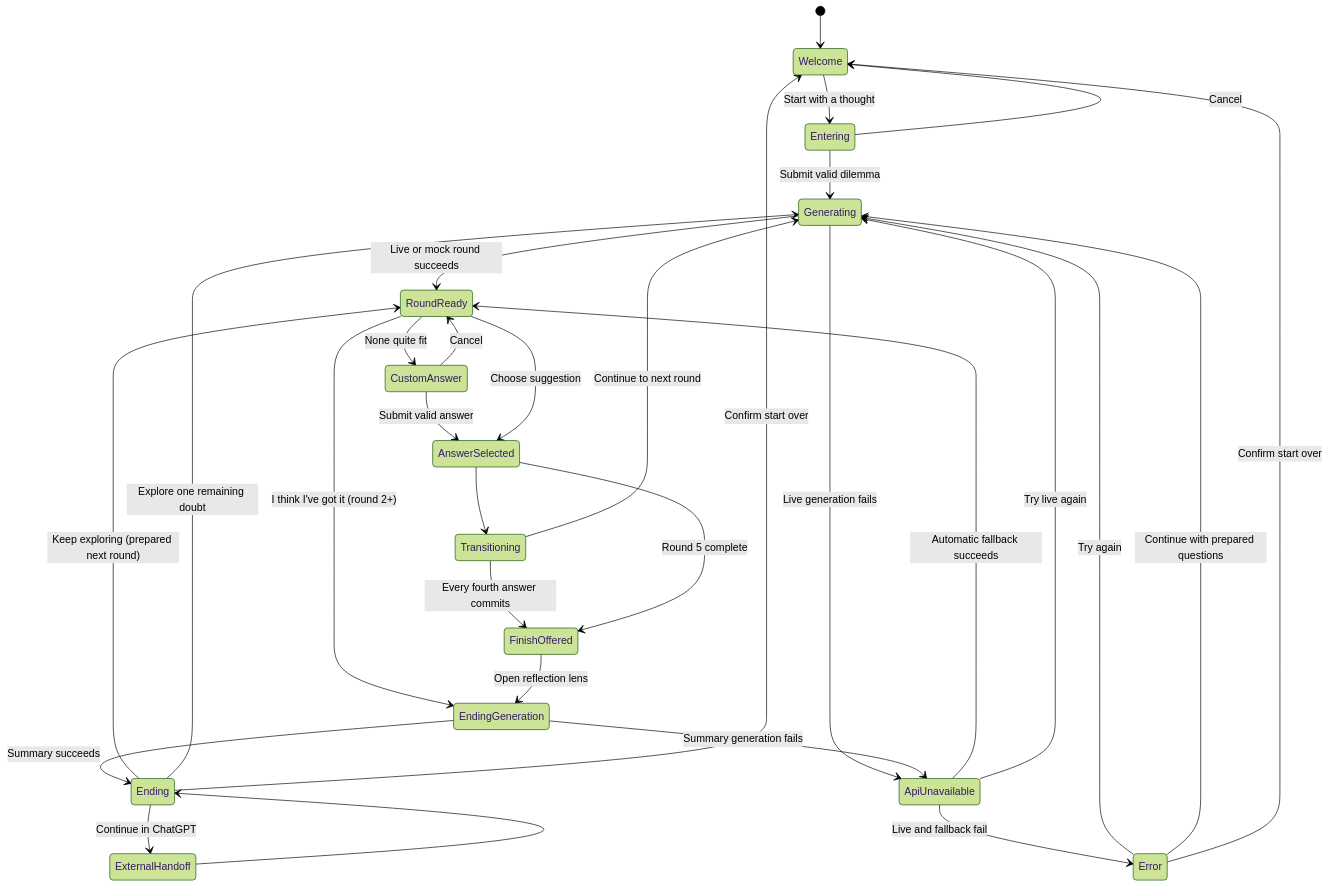
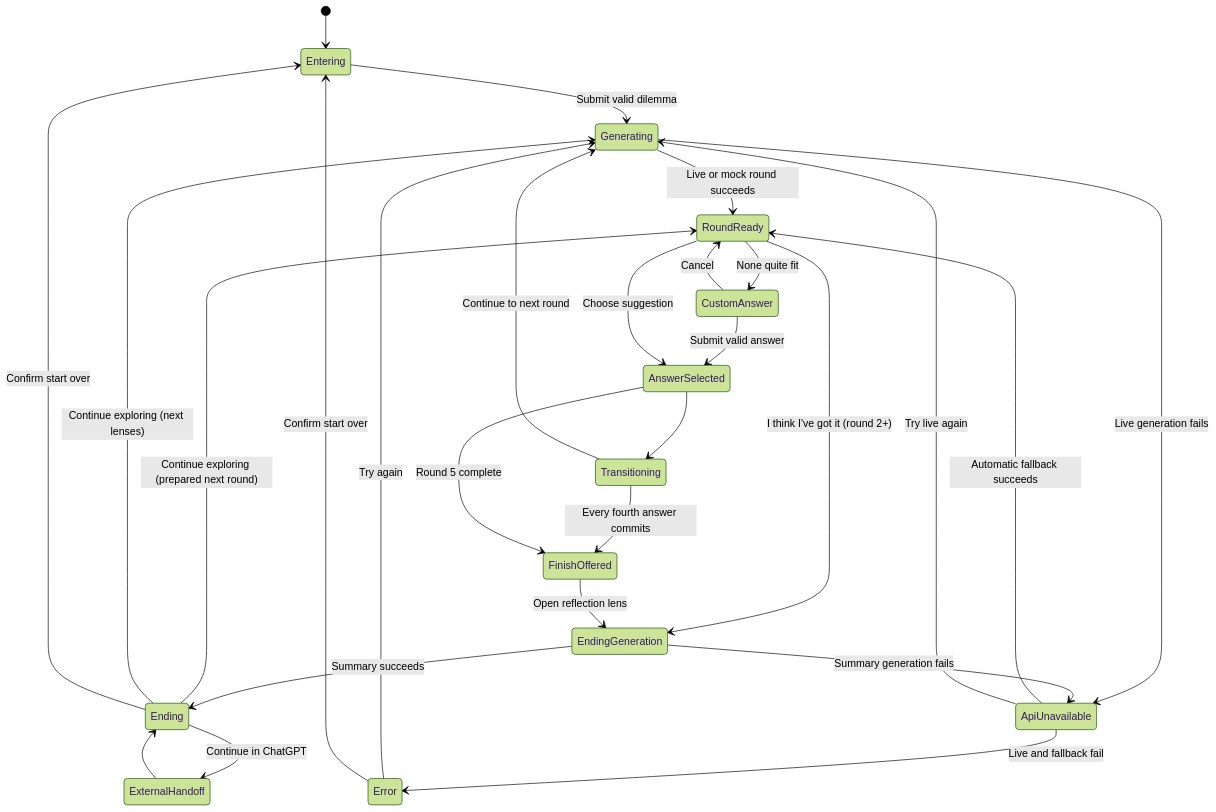
The diagram in docs/02-experience-design.md (jotaefejota/hmm), drawn with Mermaid (forest theme) before and after one commit. The commit also changed other lines of this file and 38 other files, not shown here.

````diff
--- a/docs/02-experience-design.md
+++ b/docs/02-experience-design.md
@@ -239,38 +237,35 @@
 ```mermaid
 stateDiagram-v2
-    [*] --> Welcome
-    Welcome --> Entering: Start with a thought
-    Entering --> Welcome: Cancel
+    [*] --> Entering
     Entering --> Generating: Submit valid dilemma
 
     Generating --> RoundReady: Live or mock round succeeds
     Generating --> ApiUnavailable: Live generation fails
     ApiUnavailable --> RoundReady: Automatic fallback succeeds
     ApiUnavailable --> Generating: Try live again
     ApiUnavailable --> Error: Live and fallback fail
 
     RoundReady --> CustomAnswer: None quite fit
     CustomAnswer --> RoundReady: Cancel
     CustomAnswer --> AnswerSelected: Submit valid answer
     RoundReady --> AnswerSelected: Choose suggestion
     RoundReady --> EndingGeneration: I think I've got it (round 2+)
 
     AnswerSelected --> Transitioning
     Transitioning --> FinishOffered: Every fourth answer commits
     AnswerSelected --> FinishOffered: Round 5 complete
     Transitioning --> Generating: Continue to next round
 
     FinishOffered --> EndingGeneration: Open reflection lens
 
     EndingGeneration --> Ending: Summary succeeds
     EndingGeneration --> ApiUnavailable: Summary generation fails
-    Ending --> RoundReady: Keep exploring (prepared next round)
-    Ending --> Generating: Explore one remaining doubt
-    Ending --> Welcome: Confirm start over
+    Ending --> RoundReady: Continue exploring (prepared next round)
+    Ending --> Generating: Continue exploring (next lenses)
+    Ending --> Entering: Confirm start over
     Ending --> ExternalHandoff: Continue in ChatGPT
     ExternalHandoff --> Ending
 
     Error --> Generating: Try again
-    Error --> Generating: Continue with prepared questions
-    Error --> Welcome: Confirm start over
+    Error --> Entering: Confirm start over
 ```
````
